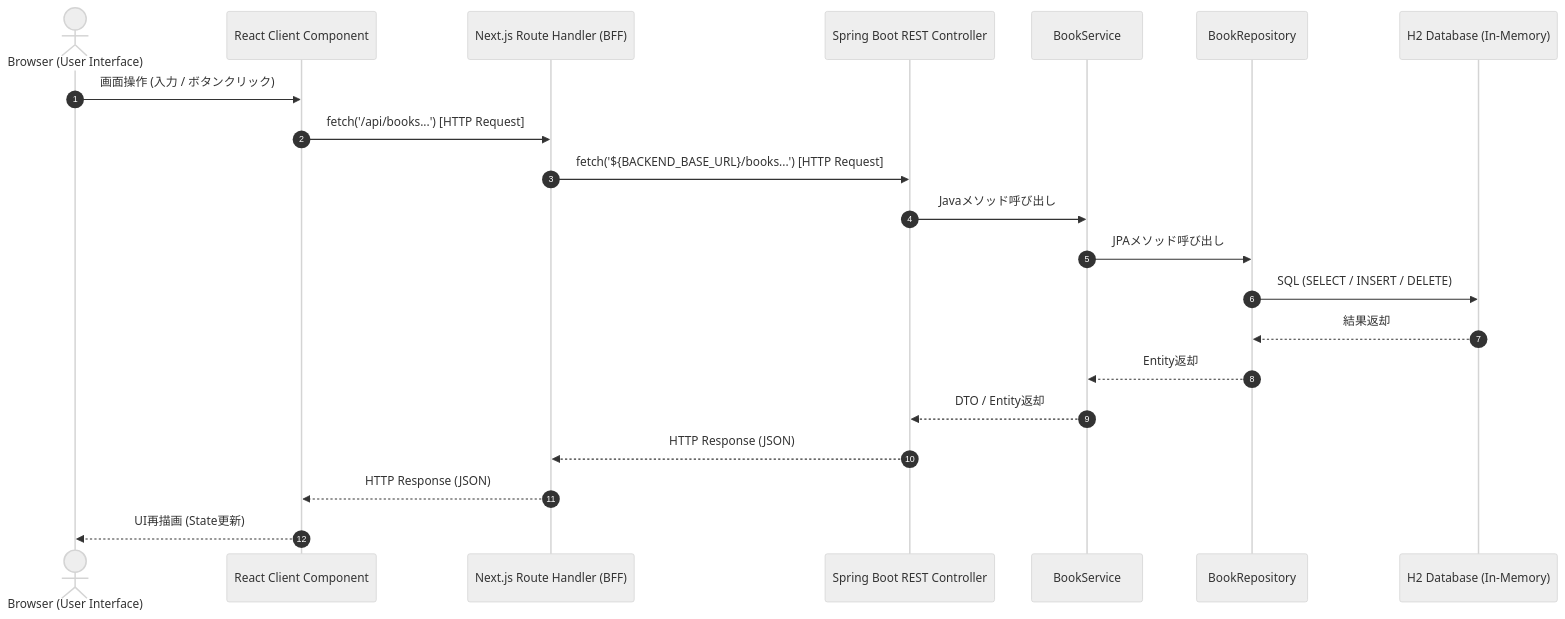
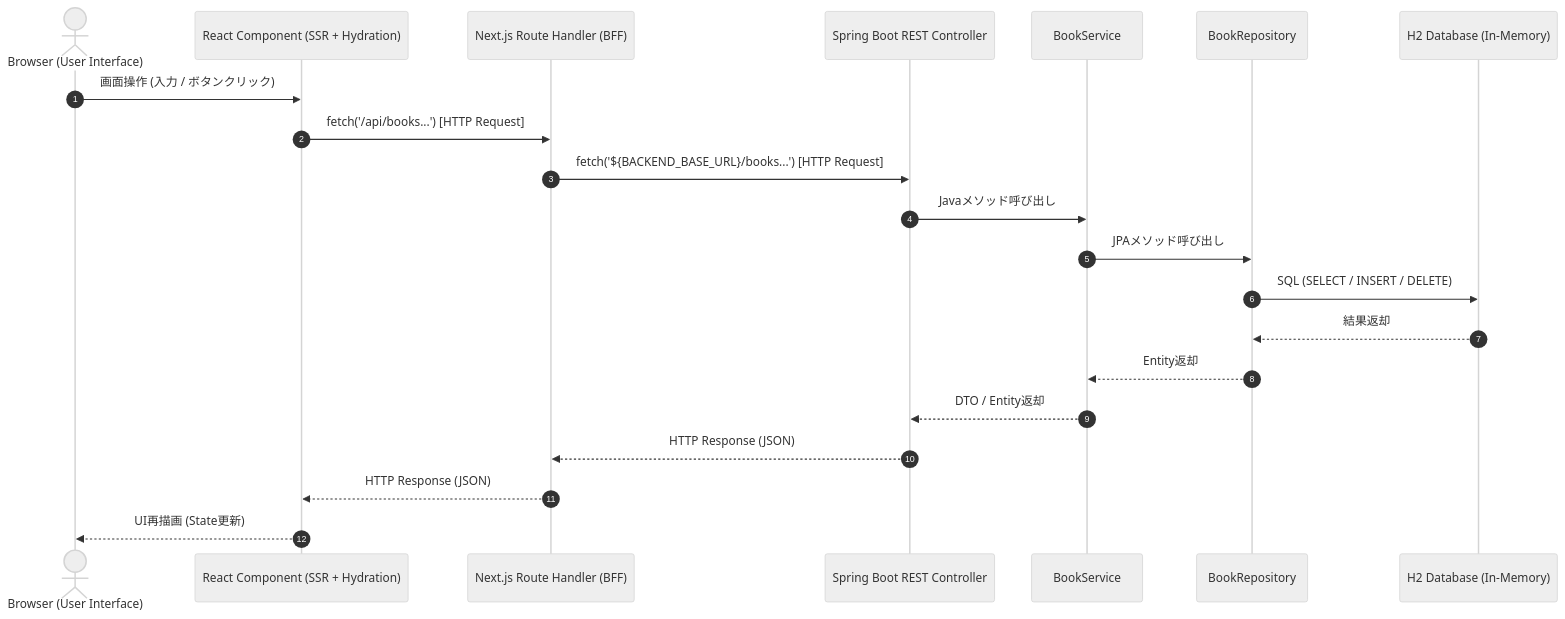
One commit to osushi0523/LibraryManagement changed the diagram in README.md. Above: the diagram before and after it, drawn with Mermaid (neutral theme). The commit also changed other lines of this file and 1 other file, not shown here.

````diff
--- a/README.md
+++ b/README.md
@@ -13,24 +13,24 @@
 ```mermaid
 sequenceDiagram
     autonumber
     actor Browser as Browser (User Interface)
-    participant React as React Client Component
+    participant React as React Component (SSR + Hydration)
     participant BFF as Next.js Route Handler (BFF)
     participant Spring as Spring Boot REST Controller
     participant Service as BookService
     participant Repo as BookRepository
     participant DB as H2 Database (In-Memory)
 
     Browser->>React: 画面操作 (入力 / ボタンクリック)
     React->>BFF: fetch('/api/books...') [HTTP Request]
     BFF->>Spring: fetch('${BACKEND_BASE_URL}/books...') [HTTP Request]
     Spring->>Service: Javaメソッド呼び出し
     Service->>Repo: JPAメソッド呼び出し
     Repo->>DB: SQL (SELECT / INSERT / DELETE)
     DB-->>Repo: 結果返却
     Repo-->>Service: Entity返却
     Service-->>Spring: DTO / Entity返却
     Spring-->>BFF: HTTP Response (JSON)
     BFF-->>React: HTTP Response (JSON)
     React-->>Browser: UI再描画 (State更新)
 ```
````
